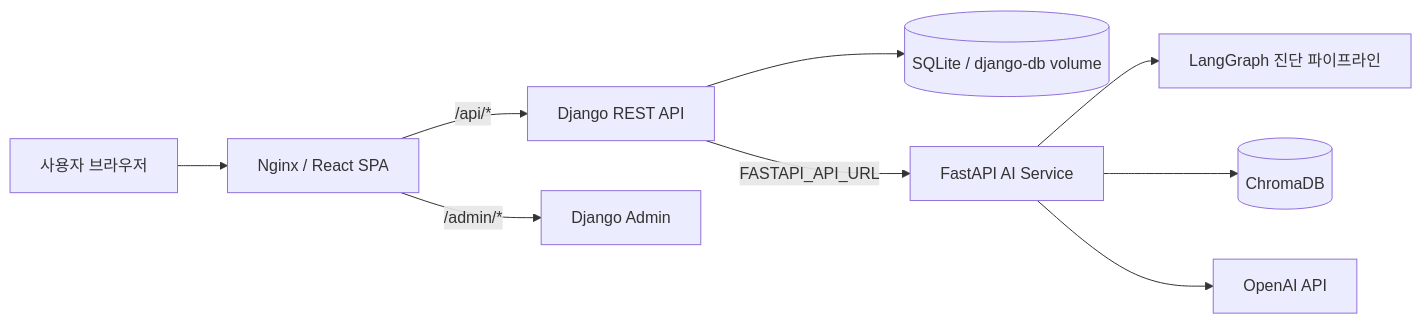
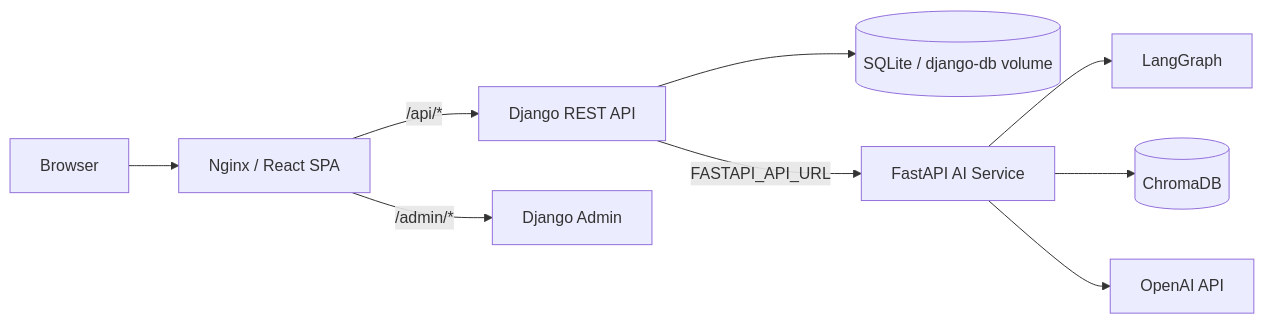
Before and after one commit to ldy-99/SKN29-3rd-3team: the second of 4 diagrams in README.md, drawn with Mermaid. The commit also changed other lines of this file and 7 other files, not shown here.

````diff
--- a/README.md
+++ b/README.md
@@ -131,11 +148,11 @@
 ```mermaid
 flowchart LR
-    User["사용자 브라우저"] --> Nginx["Nginx / React SPA"]
+    User["Browser"] --> Nginx["Nginx / React SPA"]
     Nginx -->|"/api/*"| Django["Django REST API"]
     Nginx -->|"/admin/*"| Admin["Django Admin"]
     Django --> DB[("SQLite / django-db volume")]
     Django -->|"FASTAPI_API_URL"| FastAPI["FastAPI AI Service"]
-    FastAPI --> LangGraph["LangGraph 진단 파이프라인"]
+    FastAPI --> LangGraph["LangGraph"]
     FastAPI --> Chroma[("ChromaDB")]
     FastAPI --> OpenAI["OpenAI API"]
 ```
````
